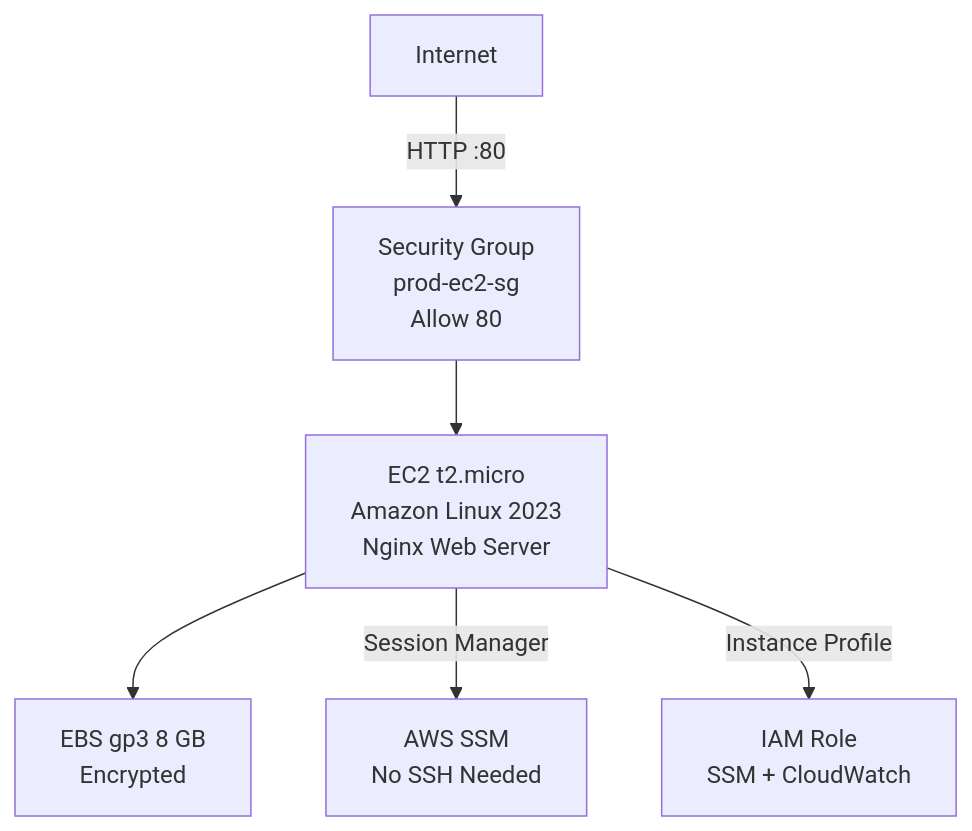
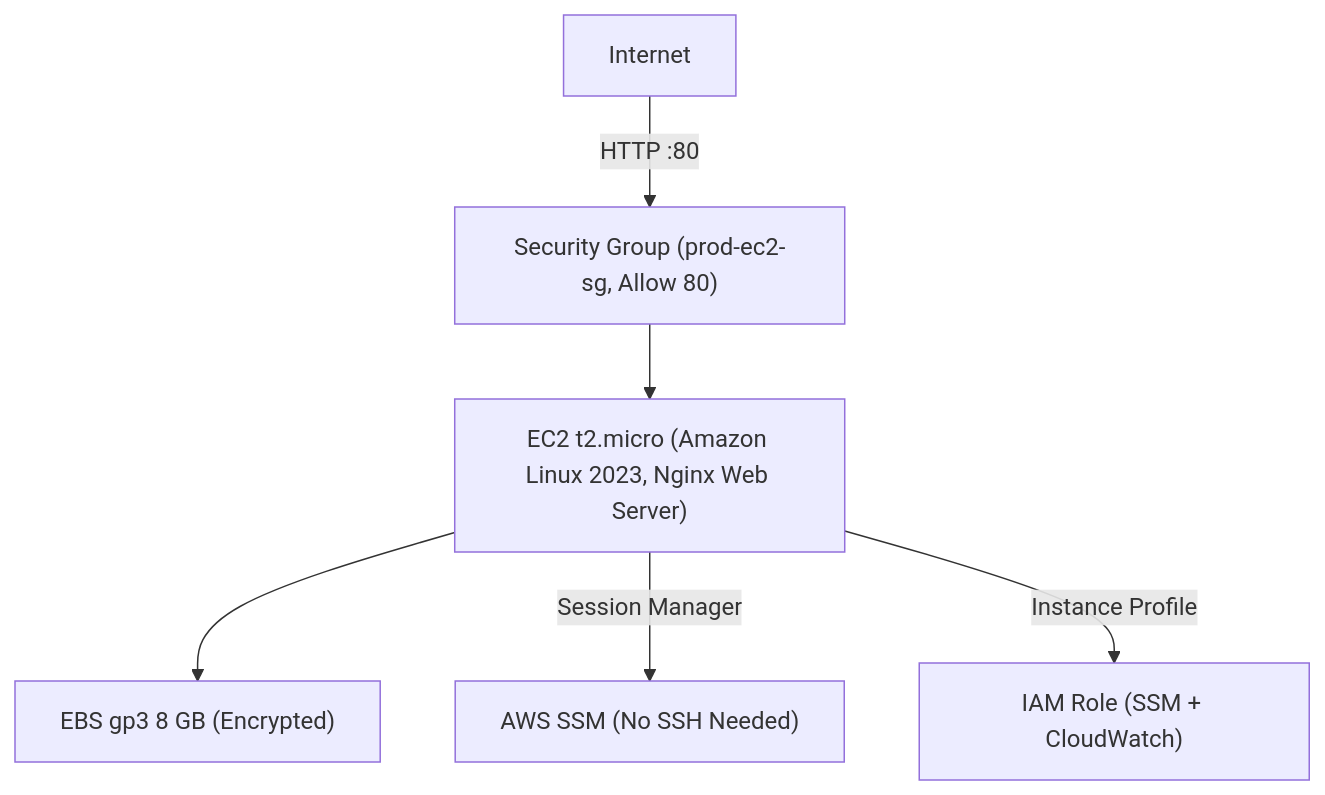
One commit to DeeptiShuklaProject/Uday_AWS changed the second of 2 diagrams in Chapter_03_Amazon_EC2.md. Above: the diagram before and after it, drawn with Mermaid. The commit also changed 1 other file, not shown here.

Commit message:
Add Secrets Manager lab and fix EC2 mermaid diagram

````diff
--- a/Chapter_03_Amazon_EC2.md
+++ b/Chapter_03_Amazon_EC2.md
@@ -806,8 +806,8 @@
 ```mermaid
 flowchart TD
-    Internet[Internet] -->|HTTP :80| SG[Security Group<br>prod-ec2-sg<br>Allow 80]
-    SG --> EC2[EC2 t2.micro<br>Amazon Linux 2023<br>Nginx Web Server]
-    EC2 --> EBS[EBS gp3 8 GB<br>Encrypted]
-    EC2 -->|Session Manager| SSM[AWS SSM<br>No SSH Needed]
-    EC2 -->|Instance Profile| Role[IAM Role<br>SSM + CloudWatch]
+    Internet["Internet"] -->|HTTP :80| SG["Security Group (prod-ec2-sg, Allow 80)"]
+    SG --> EC2["EC2 t2.micro (Amazon Linux 2023, Nginx Web Server)"]
+    EC2 --> EBS["EBS gp3 8 GB (Encrypted)"]
+    EC2 -->|Session Manager| SSM["AWS SSM (No SSH Needed)"]
+    EC2 -->|Instance Profile| Role["IAM Role (SSM + CloudWatch)"]
 ```
````
